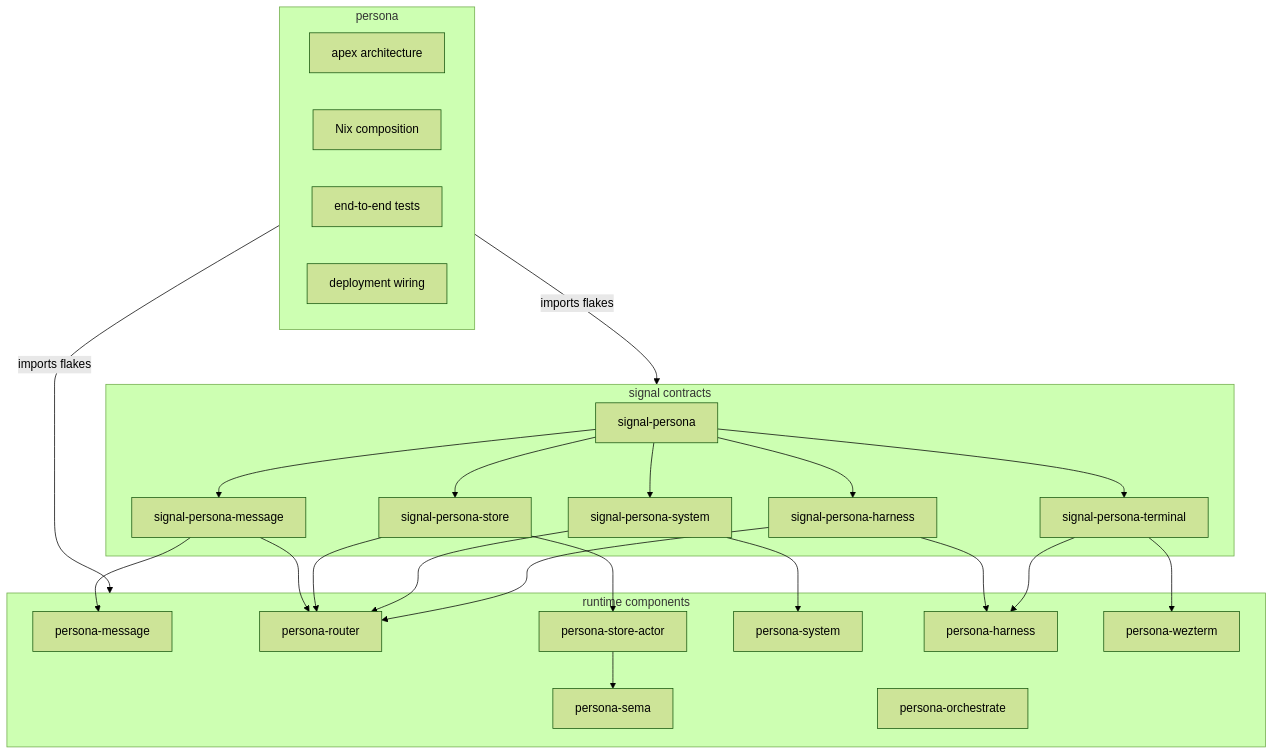
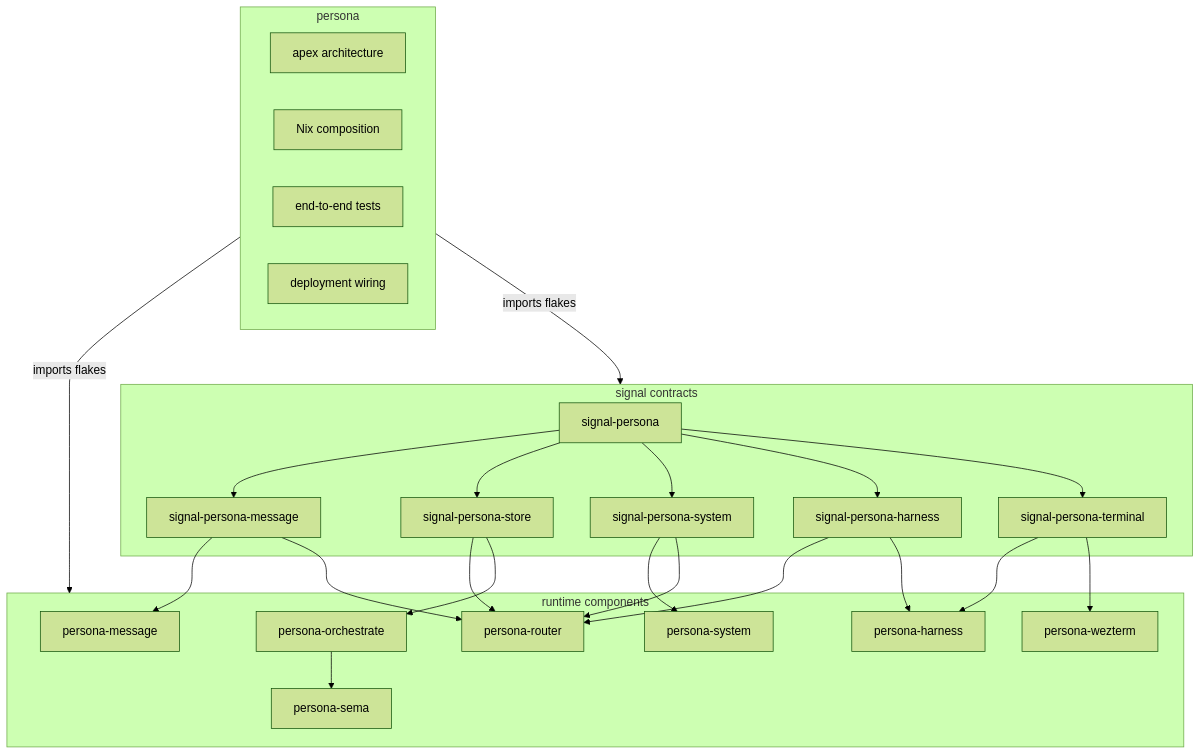
The first of 4 diagrams in ARCHITECTURE.md (LiGoldragon/persona), drawn with Mermaid (forest theme) before and after one commit. The commit also changed other lines of this file, not shown here.

Commit message:
align persona apex with orchestrator-owned sema actor and nota-only text

````diff
--- a/ARCHITECTURE.md
+++ b/ARCHITECTURE.md
@@ -32,50 +34,49 @@
 ```mermaid
 flowchart TB
     subgraph apex["persona"]
         architecture["apex architecture"]
         nix["Nix composition"]
         tests["end-to-end tests"]
         deployment["deployment wiring"]
     end
 
     subgraph contracts["signal contracts"]
         umbrella["signal-persona"]
         message_contract["signal-persona-message"]
         store_contract["signal-persona-store"]
         system_contract["signal-persona-system"]
         harness_contract["signal-persona-harness"]
         terminal_contract["signal-persona-terminal"]
     end
 
     subgraph runtime["runtime components"]
         message["persona-message"]
         router["persona-router"]
-        store_actor["persona-store-actor"]
         sema["persona-sema"]
         system["persona-system"]
         harness["persona-harness"]
         wezterm["persona-wezterm"]
         orchestrate["persona-orchestrate"]
     end
 
     apex -->|imports flakes| runtime
     apex -->|imports flakes| contracts
 
     umbrella --> message_contract
     umbrella --> store_contract
     umbrella --> system_contract
     umbrella --> harness_contract
     umbrella --> terminal_contract
 
     message_contract --> message
     message_contract --> router
     store_contract --> router
-    store_contract --> store_actor
+    store_contract --> orchestrate
     system_contract --> system
     system_contract --> router
     harness_contract --> router
     harness_contract --> harness
     terminal_contract --> harness
     terminal_contract --> wezterm
-    store_actor --> sema
+    orchestrate --> sema
 ```
````
